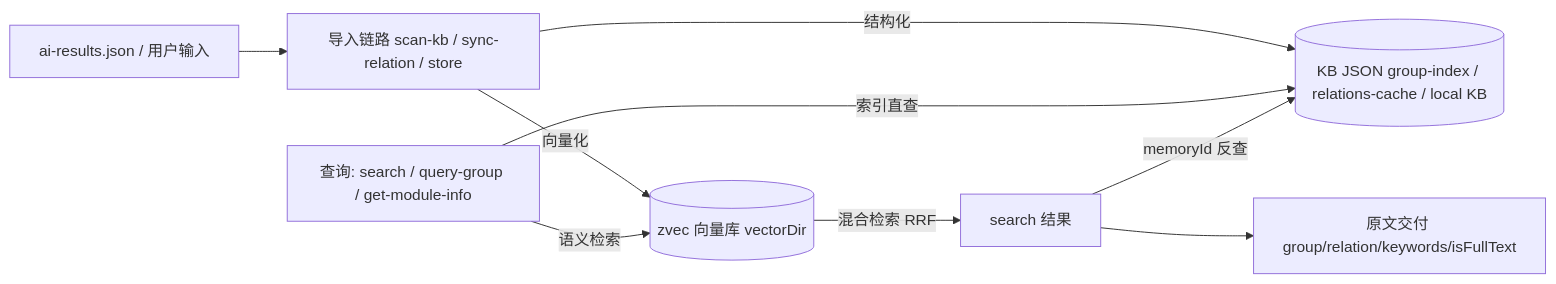
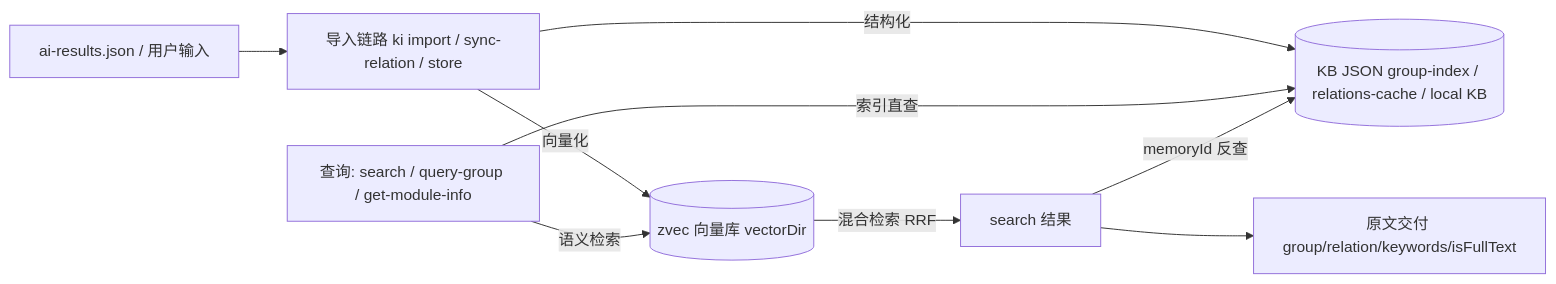
Before and after one commit to HACK-WU/CodeWikiHub: the second of 2 diagrams in kisearch/module-experts/PROJECT.md, drawn with Mermaid. The commit also changed other lines of this file and 47 other files, not shown here.

````diff
--- a/kisearch/module-experts/PROJECT.md
+++ b/kisearch/module-experts/PROJECT.md
@@ -85,11 +85,11 @@
 ```mermaid
 flowchart LR
-    A[ai-results.json / 用户输入] --> B[导入链路 scan-kb / sync-relation / store]
+    A[ai-results.json / 用户输入] --> B[导入链路 ki import / sync-relation / store]
     B -->|向量化| C[(zvec 向量库 vectorDir)]
     B -->|结构化| D[(KB JSON group-index / relations-cache / local KB)]
     E[查询: search / query-group / get-module-info] -->|语义检索| C
     E -->|索引直查| D
     C -->|混合检索 RRF| F[search 结果]
     F -->|memoryId 反查| D
     F --> G[原文交付 group/relation/keywords/isFullText]
 ```
````
